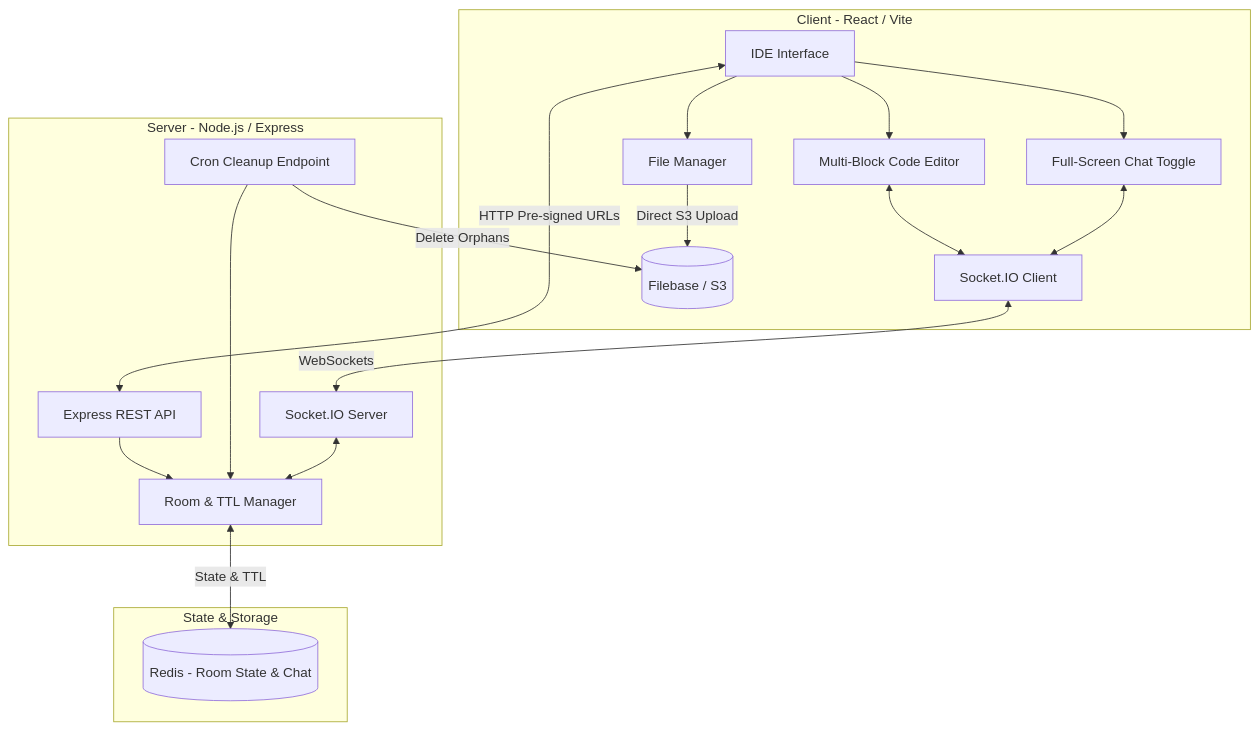
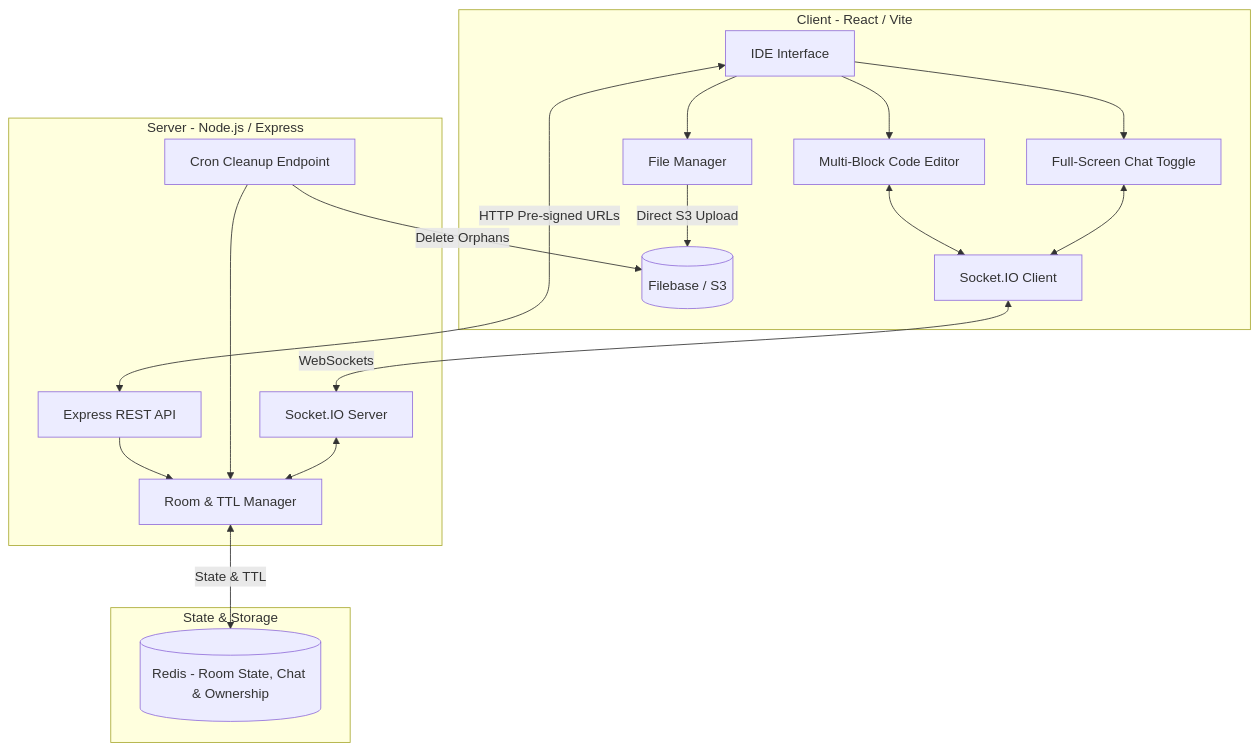
Before and after one commit to Gaurravvvv/CodeShare: the diagram in README.md, drawn with Mermaid. The commit also changed other lines of this file and 14 other files, not shown here.

````diff
--- a/README.md
+++ b/README.md
@@ -9,38 +9,38 @@
 ```mermaid
 graph TD
     subgraph Frontend ["Client - React / Vite"]
         UI[IDE Interface]
         Editor[Multi-Block Code Editor]
         Chat[Full-Screen Chat Toggle]
         FileMan[File Manager]
         SocketClient[Socket.IO Client]
         
         UI --> Editor
         UI --> Chat
         UI --> FileMan
         Editor <--> SocketClient
         Chat <--> SocketClient
         FileMan -->|Direct S3 Upload| Storage[(Filebase / S3)]
     end
 
     subgraph Backend ["Server - Node.js / Express"]
         API[Express REST API]
         CronCleanup[Cron Cleanup Endpoint]
         SocketServer[Socket.IO Server]
         RoomService[Room & TTL Manager]
         
         API --> RoomService
         CronCleanup --> RoomService
         SocketServer <--> RoomService
     end
 
     subgraph Storage_Layer ["State & Storage"]
-        Redis[(Redis - Room State & Chat)]
+        Redis[(Redis - Room State, Chat & Ownership)]
         Storage
     end
 
     SocketClient <-->|WebSockets| SocketServer
     UI <-->|HTTP Pre-signed URLs| API
     RoomService <-->|State & TTL| Redis
     CronCleanup -->|Delete Orphans| Storage
 ```
````
